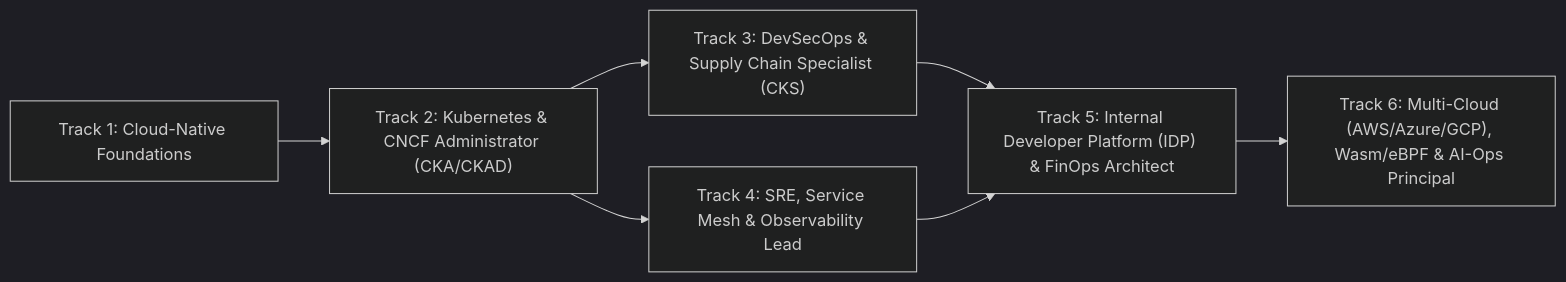
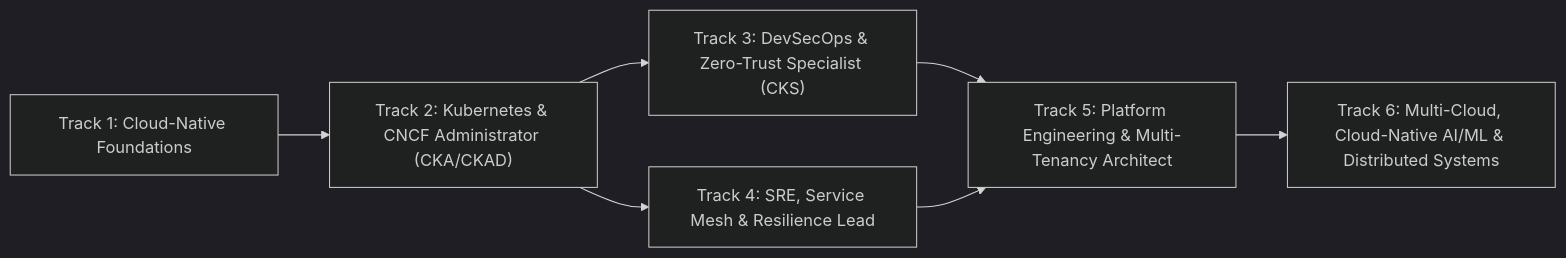
Before and after one commit to dayashimoga/aetherlabs: the diagram in docs/07-CURRICULUM-CATALOG.md, drawn with Mermaid (dark theme). The commit also changed other lines of this file and 39 other files, not shown here.

````diff
--- a/docs/07-CURRICULUM-CATALOG.md
+++ b/docs/07-CURRICULUM-CATALOG.md
@@ -11,9 +11,9 @@
 ```mermaid
 flowchart LR
     T1["Track 1: Cloud-Native Foundations"] --> T2["Track 2: Kubernetes & CNCF Administrator (CKA/CKAD)"]
-    T2 --> T3["Track 3: DevSecOps & Supply Chain Specialist (CKS)"]
-    T2 --> T4["Track 4: SRE, Service Mesh & Observability Lead"]
-    T3 --> T5["Track 5: Internal Developer Platform (IDP) & FinOps Architect"]
+    T2 --> T3["Track 3: DevSecOps & Zero-Trust Specialist (CKS)"]
+    T2 --> T4["Track 4: SRE, Service Mesh & Resilience Lead"]
+    T3 --> T5["Track 5: Platform Engineering & Multi-Tenancy Architect"]
     T4 --> T5
-    T5 --> T6["Track 6: Multi-Cloud (AWS/Azure/GCP), Wasm/eBPF & AI-Ops Principal"]
+    T5 --> T6["Track 6: Multi-Cloud, Cloud-Native AI/ML & Distributed Systems"]
 ```
````
